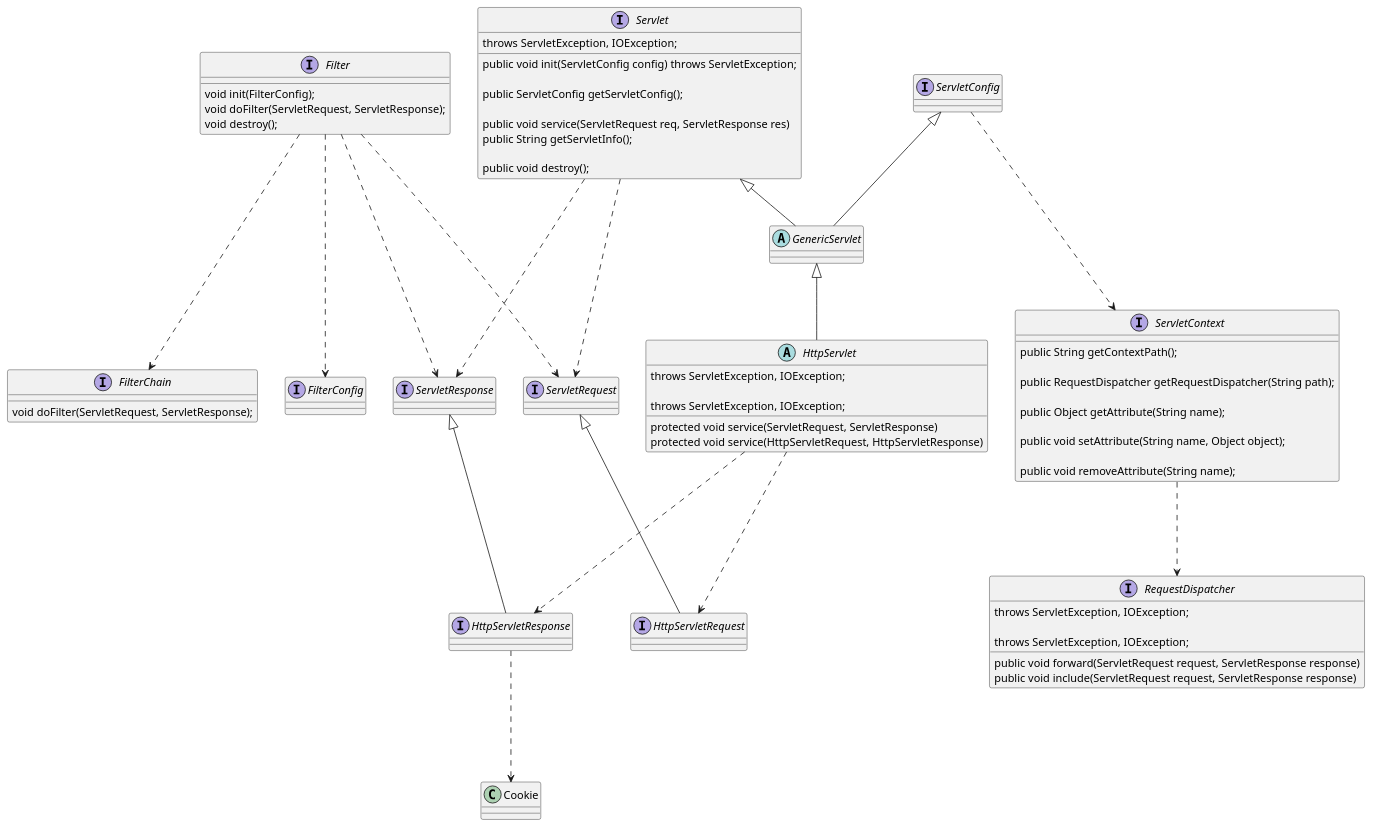
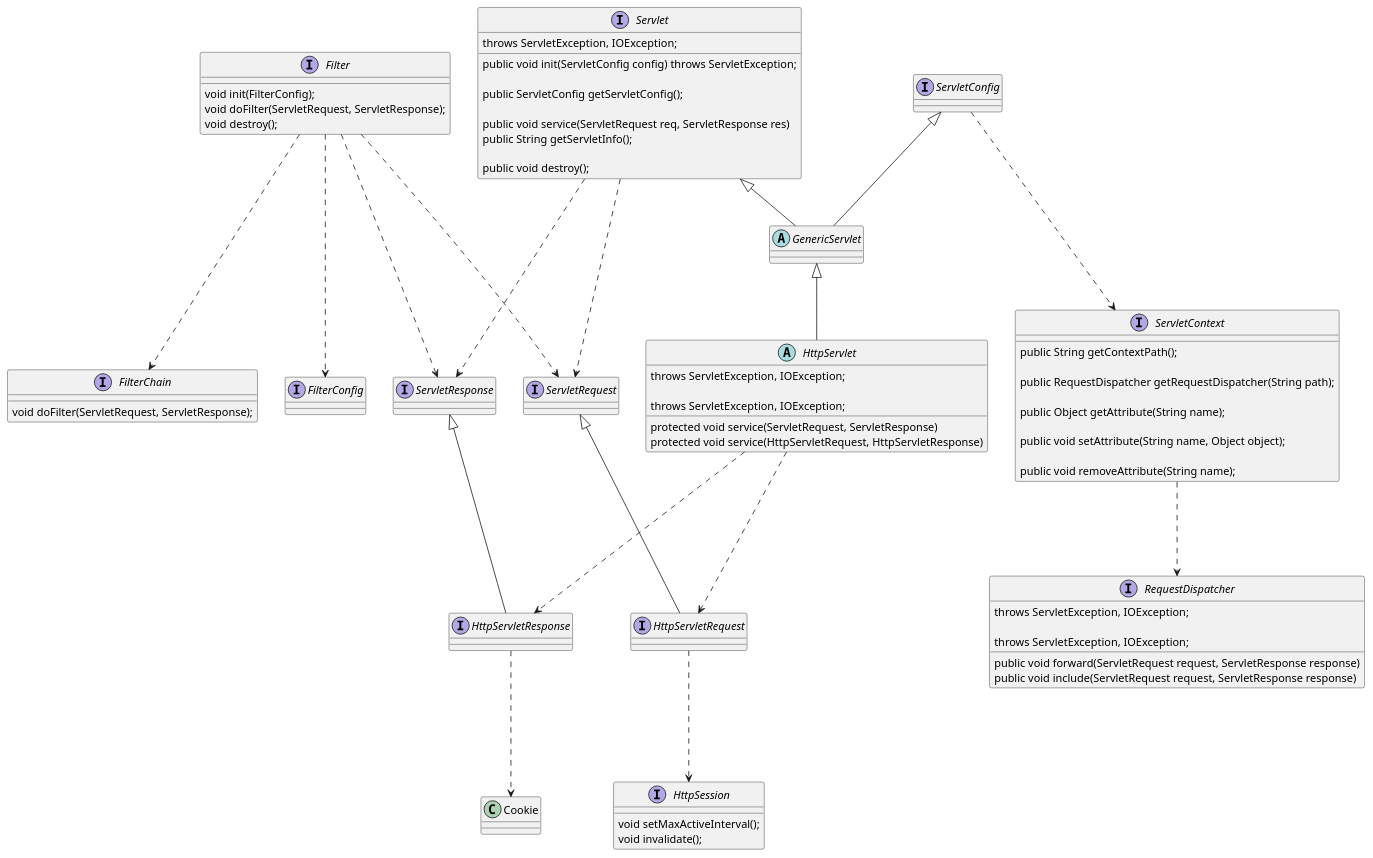
Before and after one commit to physicsLoveJava/java-miscellaneous: the diagram in casual-things/src/main/resources/framework-uml/java-sources/servlet/servlet.puml, drawn with PlantUML. The commit also changed 1 other file, not shown here.

Commit message:
add @java-sources servlet-http-session

```diff
--- a/casual-things/src/main/resources/framework-uml/java-sources/servlet/servlet.puml
+++ b/casual-things/src/main/resources/framework-uml/java-sources/servlet/servlet.puml
@@ -1,85 +1,93 @@
 @startuml
 
 
 interface Servlet {
     public void init(ServletConfig config) throws ServletException;
 
     public ServletConfig getServletConfig();
 
     public void service(ServletRequest req, ServletResponse res)
     throws ServletException, IOException;
 
     public String getServletInfo();
 
     public void destroy();
 }
 
 interface ServletConfig
 
 abstract class GenericServlet
 
 abstract class HttpServlet {
     protected void service(ServletRequest, ServletResponse)
     throws ServletException, IOException;
 
     protected void service(HttpServletRequest, HttpServletResponse)
     throws ServletException, IOException;
 }
 
 interface ServletContext {
 
     public String getContextPath();
 
     public RequestDispatcher getRequestDispatcher(String path);
 
     public Object getAttribute(String name);
 
     public void setAttribute(String name, Object object);
 
     public void removeAttribute(String name);
 }
 
 interface RequestDispatcher {
     public void forward(ServletRequest request, ServletResponse response)
     	throws ServletException, IOException;
 
     public void include(ServletRequest request, ServletResponse response)
     	throws ServletException, IOException;
 }
 
 interface ServletRequest
 interface ServletResponse
 interface HttpServletRequest
 interface HttpServletResponse
 
 interface Filter {
     void init(FilterConfig);
     void doFilter(ServletRequest, ServletResponse);
     void destroy();
 }
 
 interface FilterChain {
     void doFilter(ServletRequest, ServletResponse);
 }
 
 interface FilterConfig
 
+interface HttpSession {
+    void setMaxActiveInterval();
+    void invalidate();
+}
+
 Servlet <|-- GenericServlet
 ServletConfig <|-- GenericServlet
 GenericServlet <|-- HttpServlet
 ServletConfig .--> ServletContext
 ServletContext .--> RequestDispatcher
 ServletRequest <|-- HttpServletRequest
 ServletResponse <|-- HttpServletResponse
 Servlet .--> ServletRequest
 Servlet .--> ServletResponse
 HttpServlet .--> HttpServletRequest
 HttpServlet .--> HttpServletResponse
 HttpServletResponse .--> Cookie
 
 Filter .--> ServletRequest
 Filter .--> ServletResponse
 Filter .--> FilterChain
 Filter .--> FilterConfig
+HttpServletRequest .--> HttpSession
+
+
 
 @enduml
```
